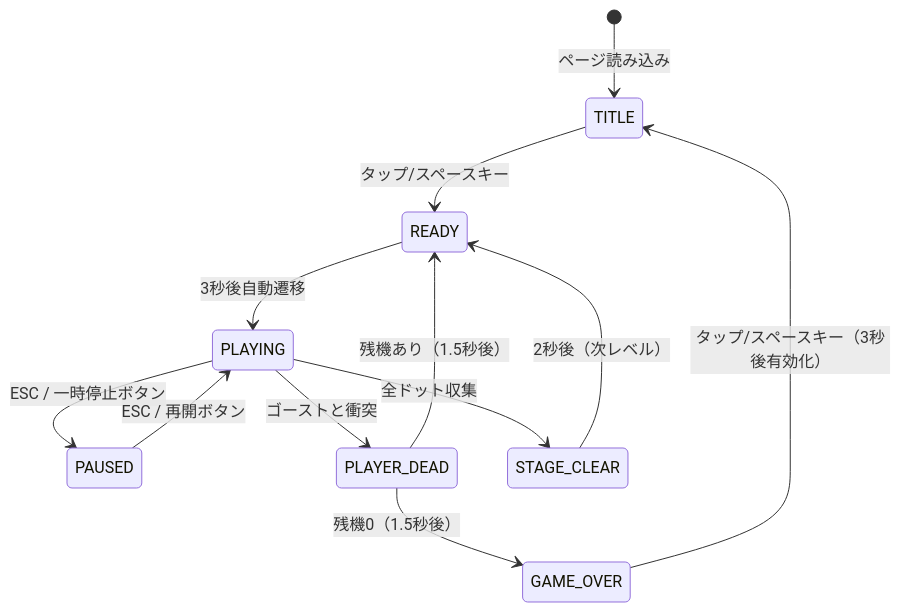
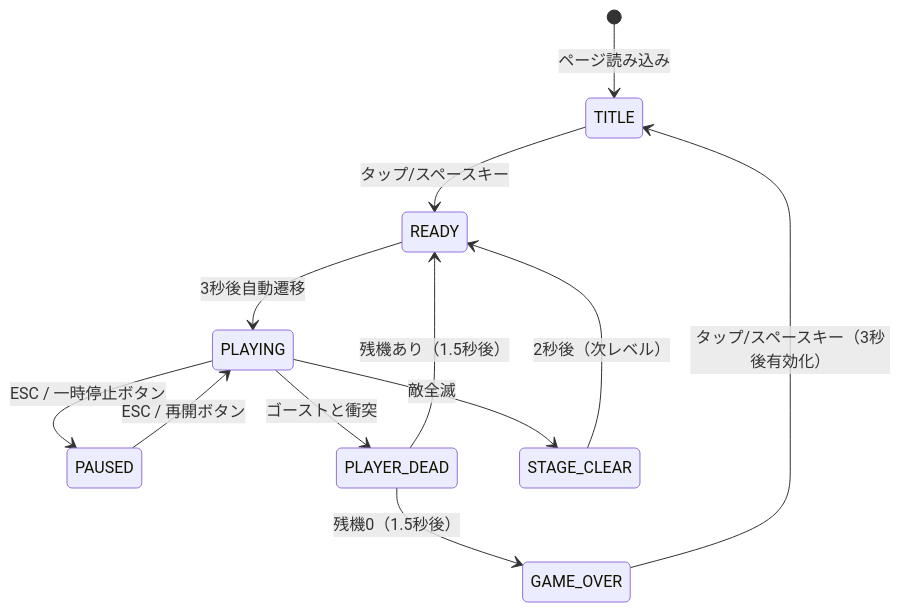
One commit to n-yata/maze-runner changed the third of 3 diagrams in docs/functional-design.md. Above: the diagram before and after it, drawn with Mermaid. The commit also changed other lines of this file and 22 other files, not shown here.

````diff
--- a/docs/functional-design.md
+++ b/docs/functional-design.md
@@ -524,20 +524,20 @@
 ```mermaid
 stateDiagram-v2
     [*] --> TITLE: ページ読み込み
 
     TITLE --> READY: タップ/スペースキー
 
     READY --> PLAYING: 3秒後自動遷移
 
     PLAYING --> PAUSED: ESC / 一時停止ボタン
     PAUSED --> PLAYING: ESC / 再開ボタン
 
     PLAYING --> PLAYER_DEAD: ゴーストと衝突
     PLAYER_DEAD --> READY: 残機あり（1.5秒後）
     PLAYER_DEAD --> GAME_OVER: 残機0（1.5秒後）
 
-    PLAYING --> STAGE_CLEAR: 全ドット収集
+    PLAYING --> STAGE_CLEAR: 敵全滅
     STAGE_CLEAR --> READY: 2秒後（次レベル）
 
     GAME_OVER --> TITLE: タップ/スペースキー（3秒後有効化）
 ```
````
